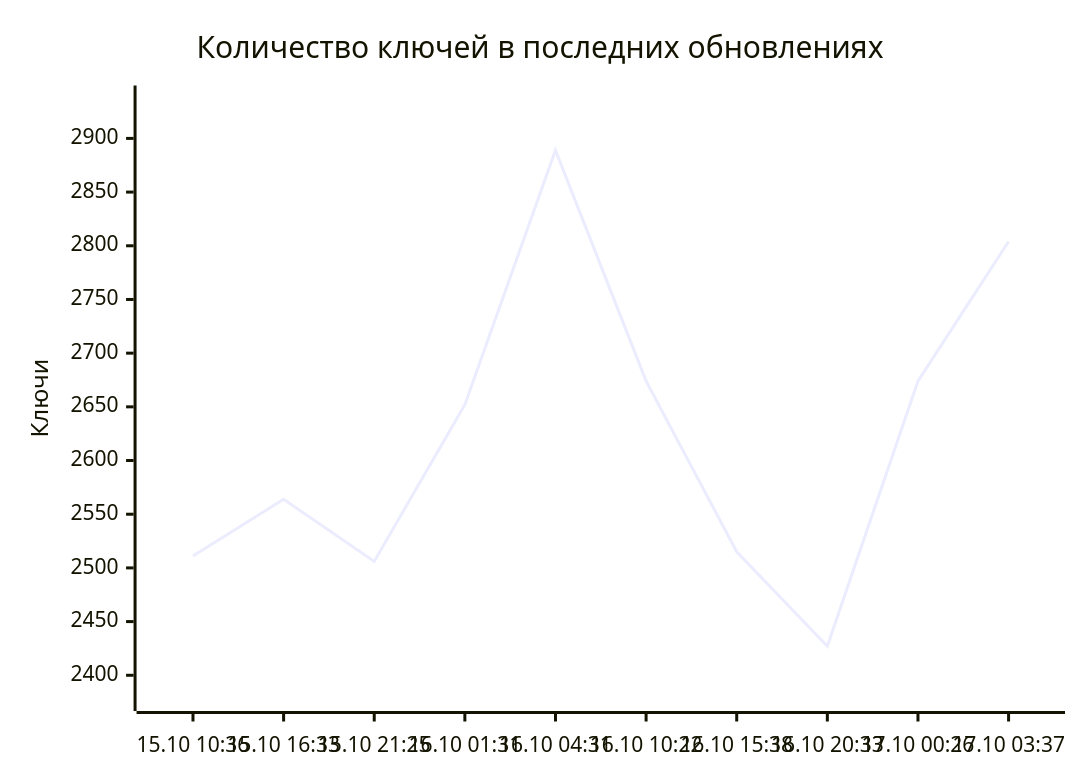
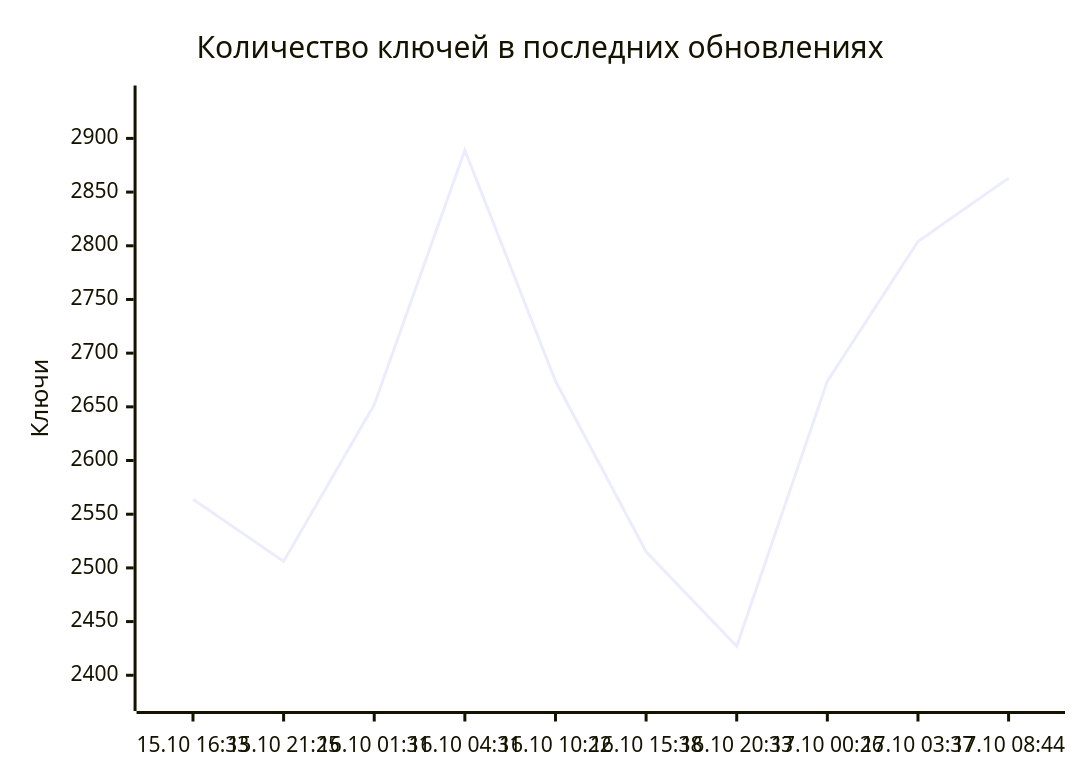
One commit to markKikhtenko/WireVeil changed the diagram in README.md. Above: the diagram before and after it, drawn with Mermaid. The commit also changed other lines of this file and 12 other files, not shown here.

````diff
--- a/README.md
+++ b/README.md
@@ -55,7 +55,7 @@
 ```mermaid
 xychart-beta
     title "Количество ключей в последних обновлениях"
-    x-axis ["15.10 10:36", "15.10 16:33", "15.10 21:25", "16.10 01:31", "16.10 04:31", "16.10 10:22", "16.10 15:38", "16.10 20:33", "17.10 00:26", "17.10 03:37"]
+    x-axis ["15.10 16:33", "15.10 21:25", "16.10 01:31", "16.10 04:31", "16.10 10:22", "16.10 15:38", "16.10 20:33", "17.10 00:26", "17.10 03:37", "17.10 08:44"]
     y-axis "Ключи" 2380 --> 2936
-    line [2511, 2564, 2506, 2652, 2889, 2674, 2515, 2427, 2674, 2804]
+    line [2564, 2506, 2652, 2889, 2674, 2515, 2427, 2674, 2804, 2863]
 ```
````
